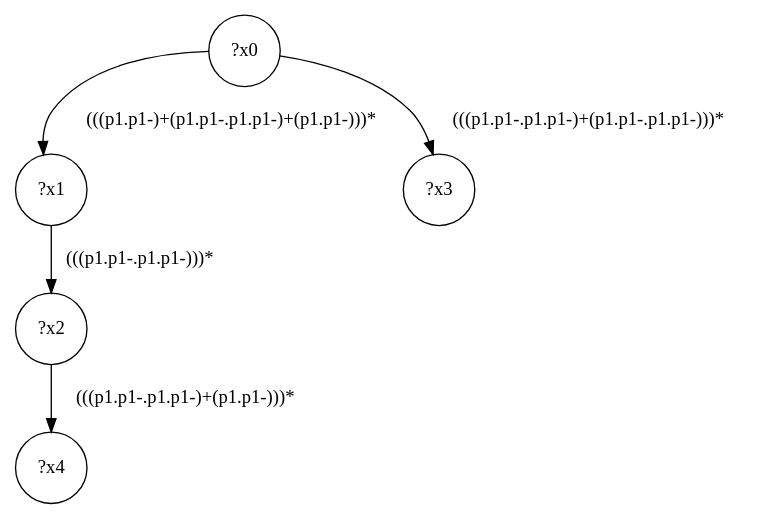
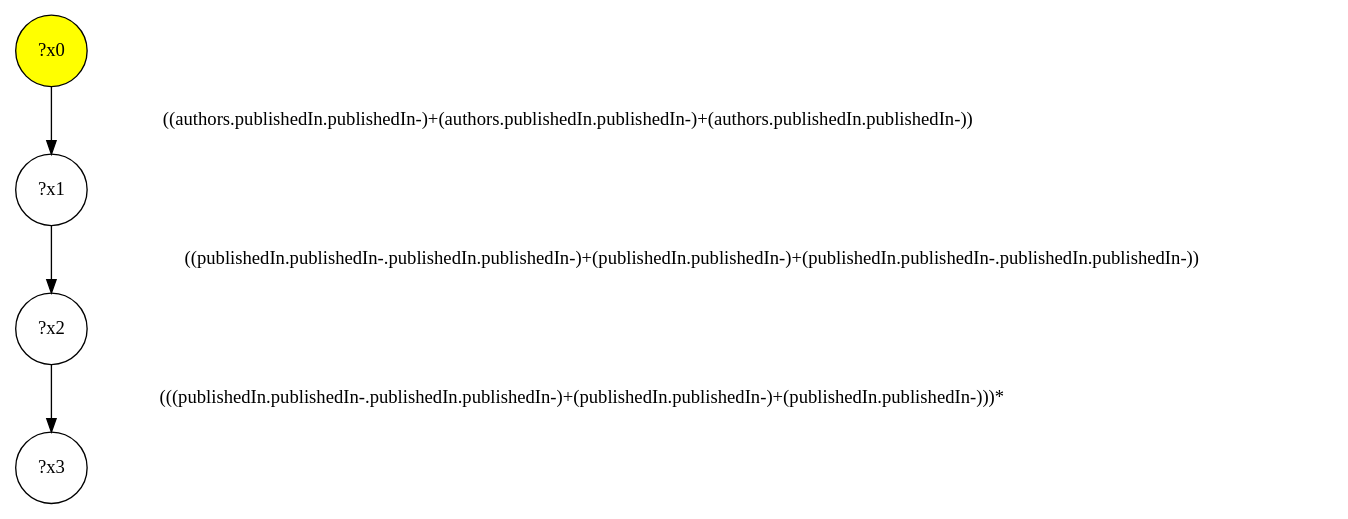
Before and after one commit to gbagan/gmark: the diagram in src/queryinterface/interface-queries/query-30.dot, drawn with Graphviz. The commit also changed 150 other files, not shown here.

```diff
--- a/src/queryinterface/interface-queries/query-30.dot
+++ b/src/queryinterface/interface-queries/query-30.dot
@@ -1,11 +1,9 @@
 digraph g {
-	x0 [shape=circle, label="?x0"];
+	x0 [fillcolor="yellow", style="filled," shape=circle, label="?x0"];
 	x1 [shape=circle, label="?x1"];
-	x0 -> x1 [label="(((p1.p1-)+(p1.p1-.p1.p1-)+(p1.p1-)))*"];
+	x0 -> x1 [label="((authors.publishedIn.publishedIn-)+(authors.publishedIn.publishedIn-)+(authors.publishedIn.publishedIn-))"];
 	x2 [shape=circle, label="?x2"];
-	x1 -> x2 [label="(((p1.p1-.p1.p1-)))*"];
+	x1 -> x2 [label="((publishedIn.publishedIn-.publishedIn.publishedIn-)+(publishedIn.publishedIn-)+(publishedIn.publishedIn-.publishedIn.publishedIn-))"];
 	x3 [shape=circle, label="?x3"];
-	x0 -> x3 [label="(((p1.p1-.p1.p1-)+(p1.p1-.p1.p1-)))*"];
-	x4 [shape=circle, label="?x4"];
-	x2 -> x4 [label="(((p1.p1-.p1.p1-)+(p1.p1-)))*"];
+	x2 -> x3 [label="(((publishedIn.publishedIn-.publishedIn.publishedIn-)+(publishedIn.publishedIn-)+(publishedIn.publishedIn-)))*"];
 }
```
